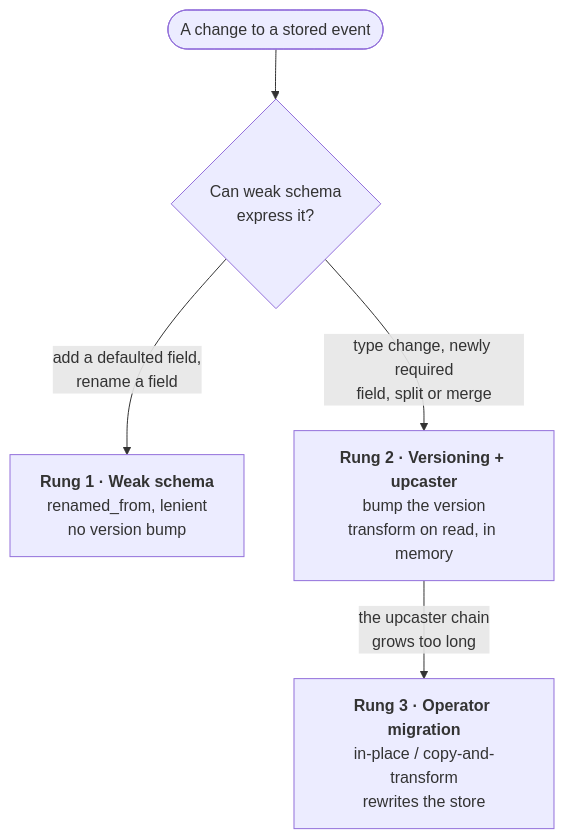
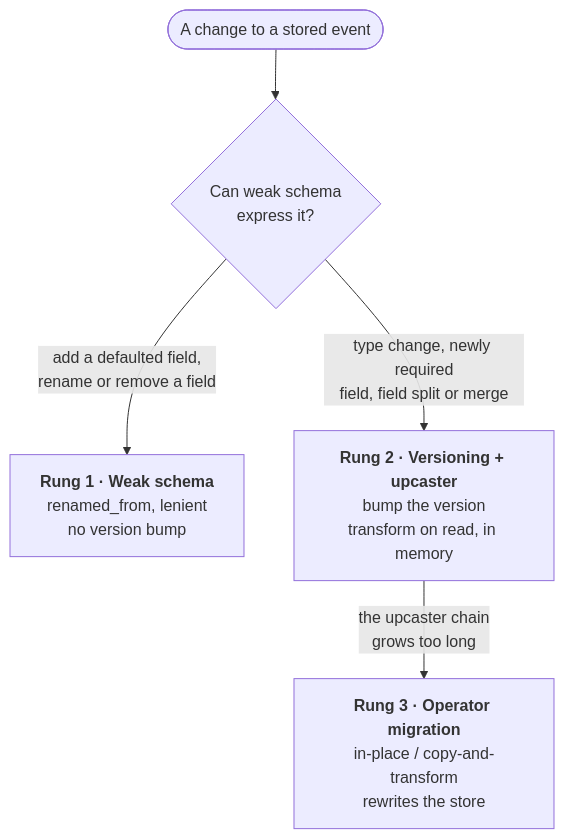
The diagram in docs/adr/0040-schema-evolution-ladder.md (proteanhq/protean), drawn with Mermaid before and after one commit. The commit also changed 3 other files, not shown here.

First line of the commit message:
Fix the type-string example and complete the ladder diagram

````diff
--- a/docs/adr/0040-schema-evolution-ladder.md
+++ b/docs/adr/0040-schema-evolution-ladder.md
@@ -51,7 +51,7 @@
 ```mermaid
 flowchart TD
     change(["A change to a stored event"]) --> q1{"Can weak schema<br/>express it?"}
-    q1 -->|"add a defaulted field,<br/>rename a field"| r1["<b>Rung 1 · Weak schema</b><br/>renamed_from, lenient<br/>no version bump"]
-    q1 -->|"type change, newly required<br/>field, split or merge"| r2["<b>Rung 2 · Versioning + upcaster</b><br/>bump the version<br/>transform on read, in memory"]
+    q1 -->|"add a defaulted field,<br/>rename or remove a field"| r1["<b>Rung 1 · Weak schema</b><br/>renamed_from, lenient<br/>no version bump"]
+    q1 -->|"type change, newly required<br/>field, field split or merge"| r2["<b>Rung 2 · Versioning + upcaster</b><br/>bump the version<br/>transform on read, in memory"]
     r2 -->|"the upcaster chain<br/>grows too long"| r3["<b>Rung 3 · Operator migration</b><br/>in-place / copy-and-transform<br/>rewrites the store"]
 ```
````
